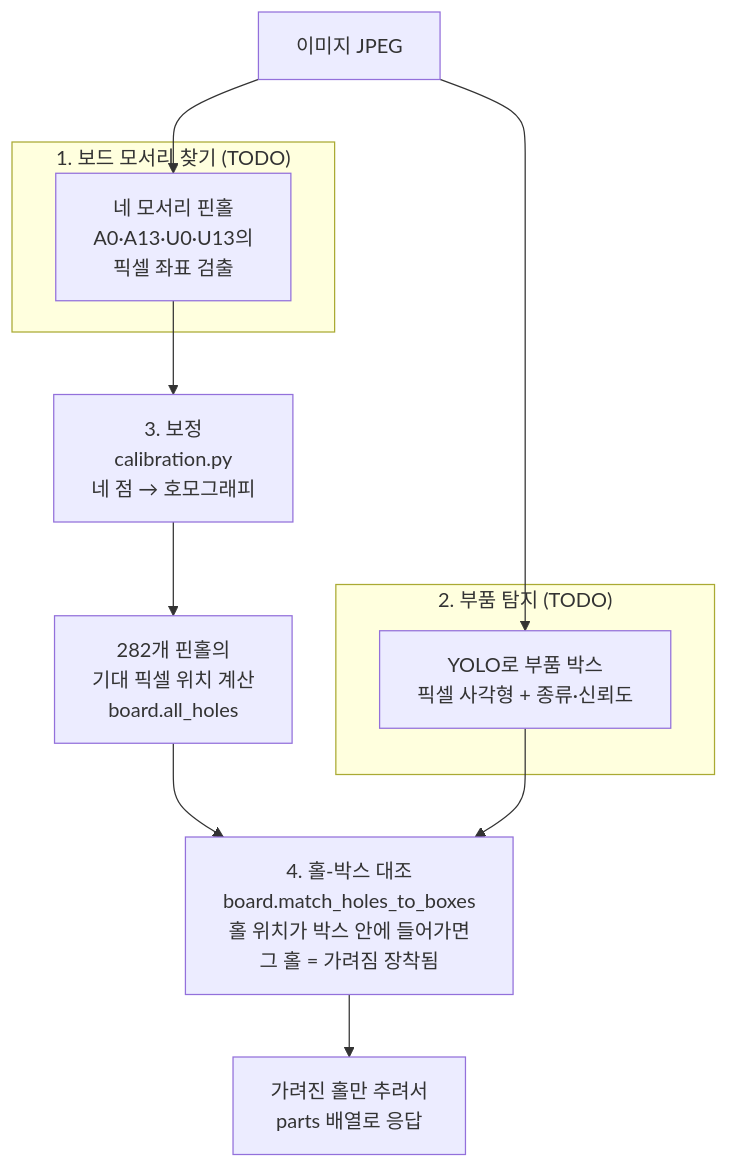
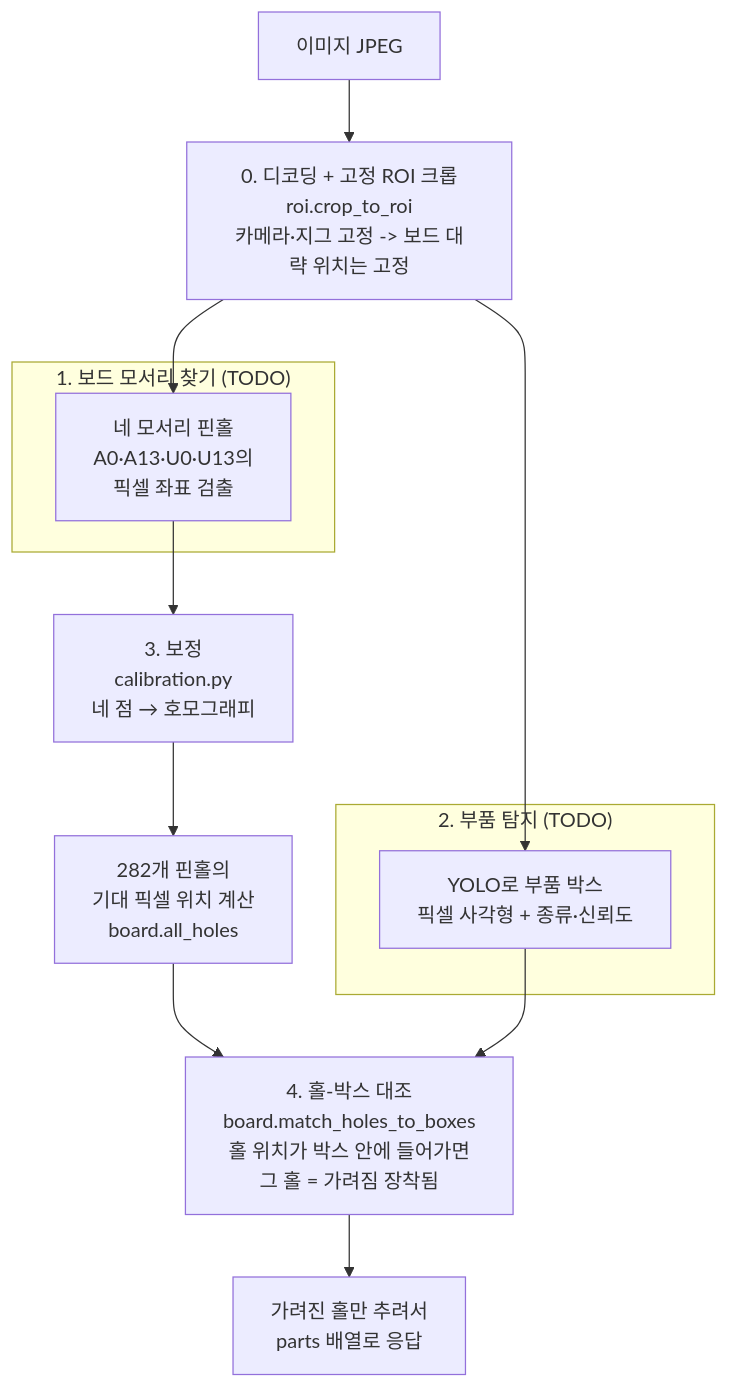
Before and after one commit to JIWOO1127/pcb-aoi-station: the diagram in inference/README.md, drawn with Mermaid. The commit also changed other lines of this file and 4 other files, not shown here.

````diff
--- a/inference/README.md
+++ b/inference/README.md
@@ -17,19 +17,20 @@
 ```mermaid
 flowchart TD
-    IMG[이미지 JPEG] --> CORNERS
-    IMG --> YOLO
+    IMG[이미지 JPEG] --> DECODE[0. 디코딩 + 고정 ROI 크롭<br/>roi.crop_to_roi<br/>카메라·지그 고정 -&gt; 보드 대략 위치는 고정]
+    DECODE --> CORNERS
+    DECODE --> YOLO
 
     subgraph S1["1. 보드 모서리 찾기 (TODO)"]
         CORNERS[네 모서리 핀홀<br/>A0·A13·U0·U13의<br/>픽셀 좌표 검출]
     end
 
     subgraph S2["2. 부품 탐지 (TODO)"]
         YOLO[YOLO로 부품 박스<br/>픽셀 사각형 + 종류·신뢰도]
     end
 
     CORNERS --> CALIB[3. 보정<br/>calibration.py<br/>네 점 → 호모그래피]
     CALIB --> HOLES[282개 핀홀의<br/>기대 픽셀 위치 계산<br/>board.all_holes]
     HOLES --> MATCH[4. 홀-박스 대조<br/>board.match_holes_to_boxes<br/>홀 위치가 박스 안에 들어가면<br/>그 홀 = 가려짐 장착됨]
     YOLO --> MATCH
     MATCH --> OUT[가려진 홀만 추려서<br/>parts 배열로 응답]
 ```
````
